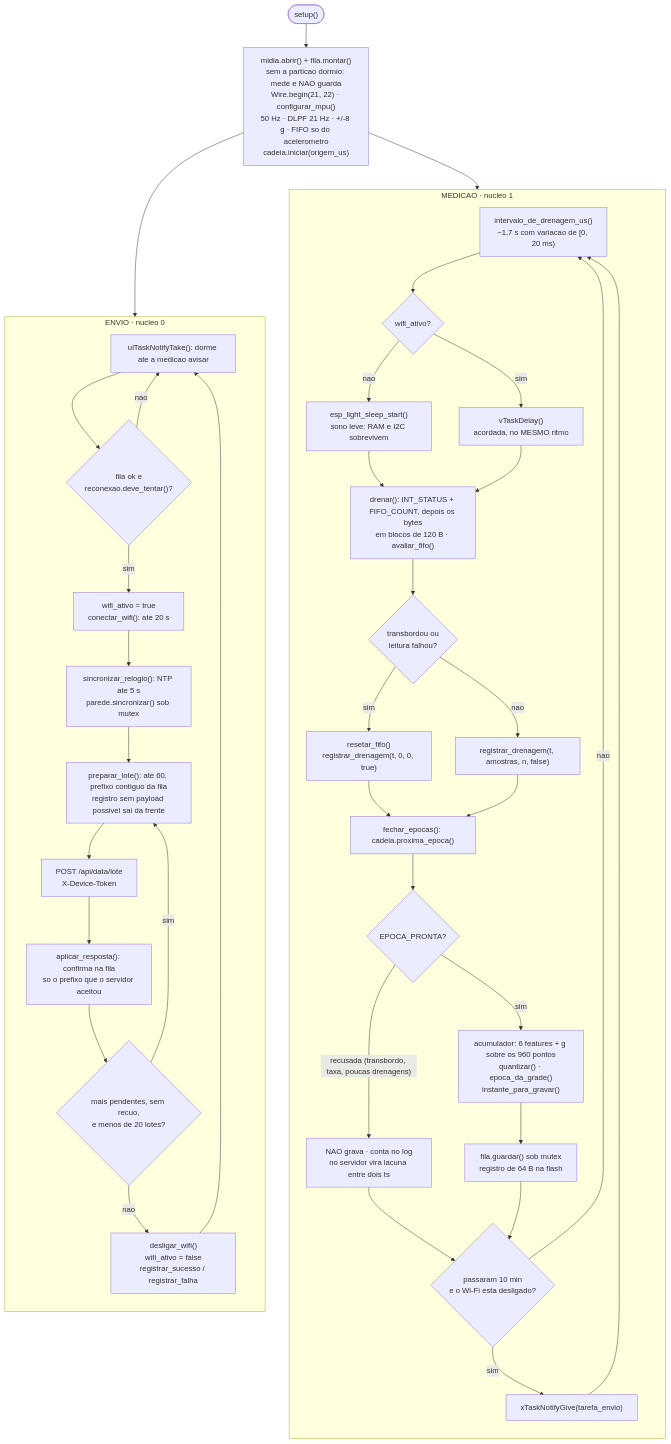
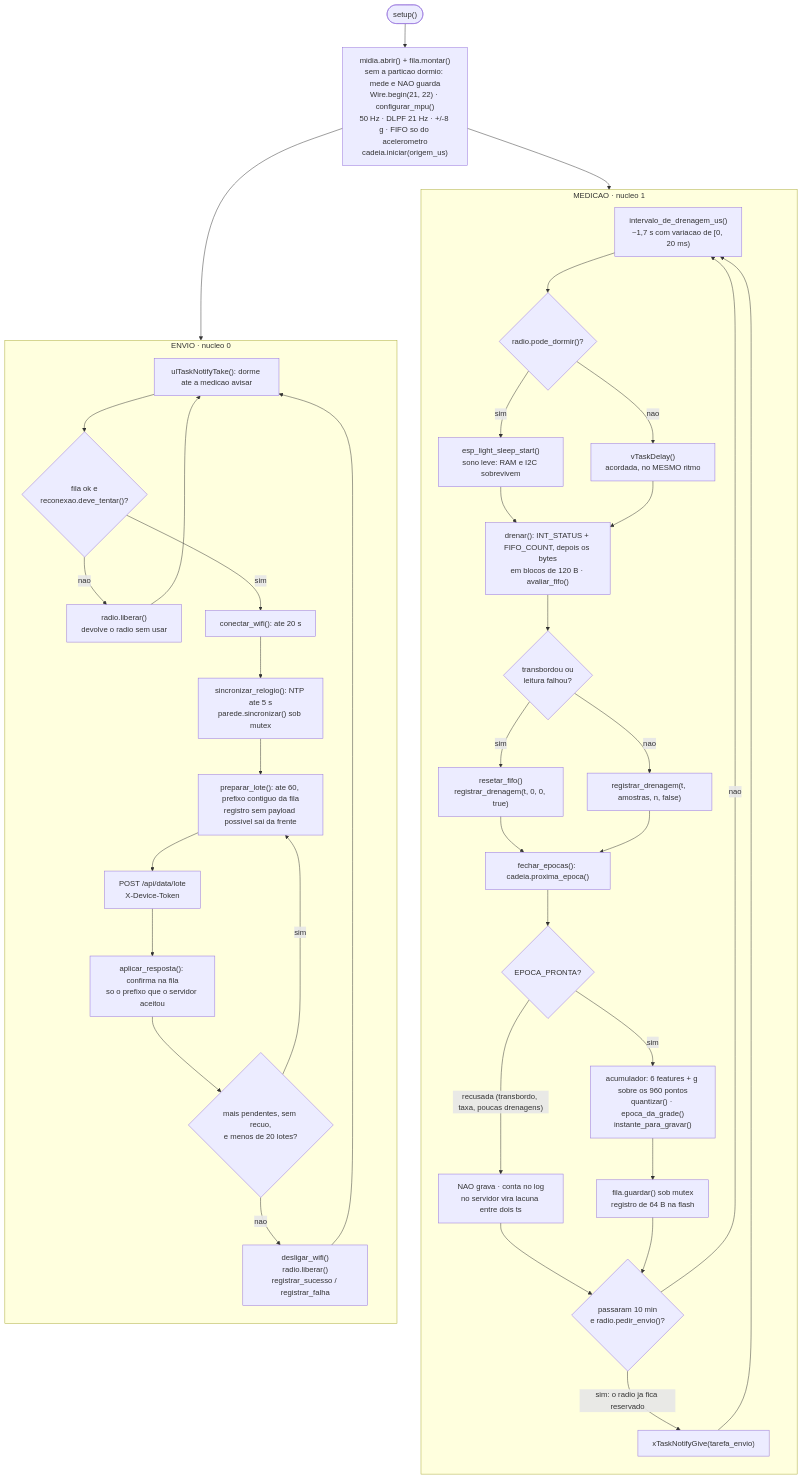
One commit to vitormendes4072/DormioSmart changed the first of 3 diagrams in docs/diagramas/DIAG-03-firmware-e-fluxo-do-dado.md. Above: the diagram before and after it, drawn with Mermaid. The commit also changed other lines of this file and 11 other files, not shown here.

First line of the commit message:
fix: quem pede o radio o reserva antes de avisar o envio (FW-09)

````diff
--- a/docs/diagramas/DIAG-03-firmware-e-fluxo-do-dado.md
+++ b/docs/diagramas/DIAG-03-firmware-e-fluxo-do-dado.md
@@ -30,48 +30,49 @@
 ```mermaid
 flowchart TB
     INI(["setup()"]) --> CFG["midia.abrir() + fila.montar()<br/>sem a particao dormio: mede e NAO guarda<br/>Wire.begin(21, 22) · configurar_mpu()<br/>50 Hz · DLPF 21 Hz · +/-8 g · FIFO so do acelerometro<br/>cadeia.iniciar(origem_us)"]
     CFG --> TM & TE
 
     subgraph MED["MEDICAO · nucleo 1"]
         direction TB
         TM["intervalo_de_drenagem_us()<br/>~1,7 s com variacao de [0, 20 ms)"]
-        TM --> W{"wifi_ativo?"}
-        W -->|nao| SL["esp_light_sleep_start()<br/>sono leve: RAM e I2C sobrevivem"]
-        W -->|sim| VD["vTaskDelay()<br/>acordada, no MESMO ritmo"]
+        TM --> W{"radio.pode_dormir()?"}
+        W -->|sim| SL["esp_light_sleep_start()<br/>sono leve: RAM e I2C sobrevivem"]
+        W -->|nao| VD["vTaskDelay()<br/>acordada, no MESMO ritmo"]
         SL --> DR
         VD --> DR
         DR["drenar(): INT_STATUS + FIFO_COUNT, depois os bytes<br/>em blocos de 120 B · avaliar_fifo()"]
         DR --> OV{"transbordou ou<br/>leitura falhou?"}
         OV -->|sim| RS["resetar_fifo()<br/>registrar_drenagem(t, 0, 0, true)"]
         OV -->|nao| RG["registrar_drenagem(t, amostras, n, false)"]
         RS --> FE
         RG --> FE
         FE["fechar_epocas(): cadeia.proxima_epoca()"]
         FE --> PR{"EPOCA_PRONTA?"}
         PR -->|"recusada (transbordo, taxa, poucas drenagens)"| REC["NAO grava · conta no log<br/>no servidor vira lacuna entre dois ts"]
         PR -->|sim| FT["acumulador: 6 features + g sobre os 960 pontos<br/>quantizar() · epoca_da_grade()<br/>instante_para_gravar()"]
         FT --> GU["fila.guardar() sob mutex<br/>registro de 64 B na flash"]
         REC --> HE
-        GU --> HE{"passaram 10 min<br/>e o Wi-Fi esta desligado?"}
-        HE -->|sim| NT["xTaskNotifyGive(tarefa_envio)"]
+        GU --> HE{"passaram 10 min<br/>e radio.pedir_envio()?"}
+        HE -->|"sim: o radio ja fica reservado"| NT["xTaskNotifyGive(tarefa_envio)"]
         HE -->|nao| TM
         NT --> TM
     end
 
     subgraph ENV["ENVIO · nucleo 0"]
         direction TB
         TE["ulTaskNotifyTake(): dorme ate a medicao avisar"]
         TE --> PD{"fila ok e<br/>reconexao.deve_tentar()?"}
-        PD -->|nao| TE
-        PD -->|sim| WON["wifi_ativo = true<br/>conectar_wifi(): ate 20 s"]
+        PD -->|nao| LIB["radio.liberar()<br/>devolve o radio sem usar"]
+        LIB --> TE
+        PD -->|sim| WON["conectar_wifi(): ate 20 s"]
         WON --> NTP["sincronizar_relogio(): NTP ate 5 s<br/>parede.sincronizar() sob mutex"]
         NTP --> PL["preparar_lote(): ate 60, prefixo contiguo da fila<br/>registro sem payload possivel sai da frente"]
         PL --> PO["POST /api/data/lote<br/>X-Device-Token"]
         PO --> AP["aplicar_resposta(): confirma na fila<br/>so o prefixo que o servidor aceitou"]
         AP --> MAIS{"mais pendentes, sem recuo,<br/>e menos de 20 lotes?"}
         MAIS -->|sim| PL
-        MAIS -->|nao| OFF["desligar_wifi()<br/>wifi_ativo = false<br/>registrar_sucesso / registrar_falha"]
+        MAIS -->|nao| OFF["desligar_wifi()<br/>radio.liberar()<br/>registrar_sucesso / registrar_falha"]
         OFF --> TE
     end
 
 ```
````
